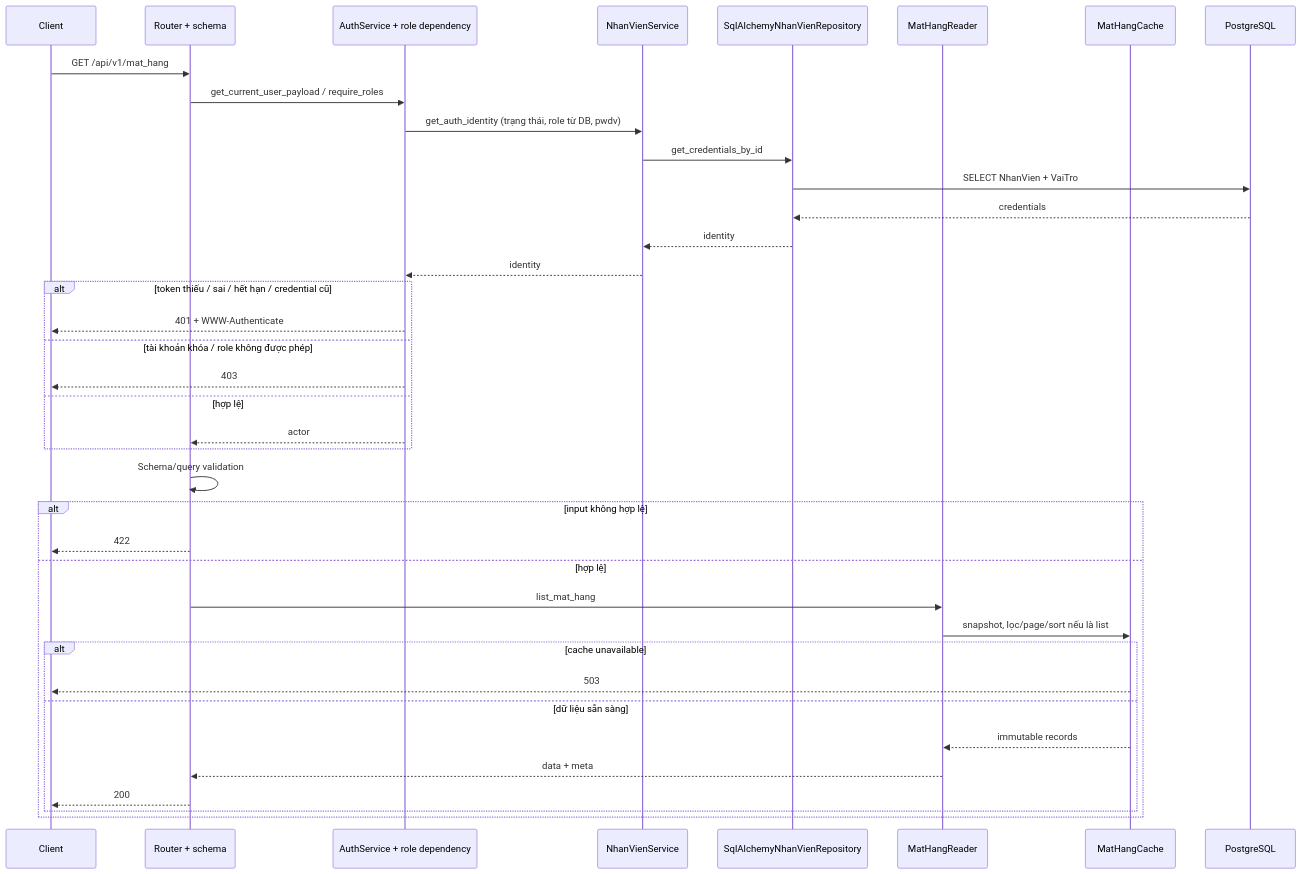
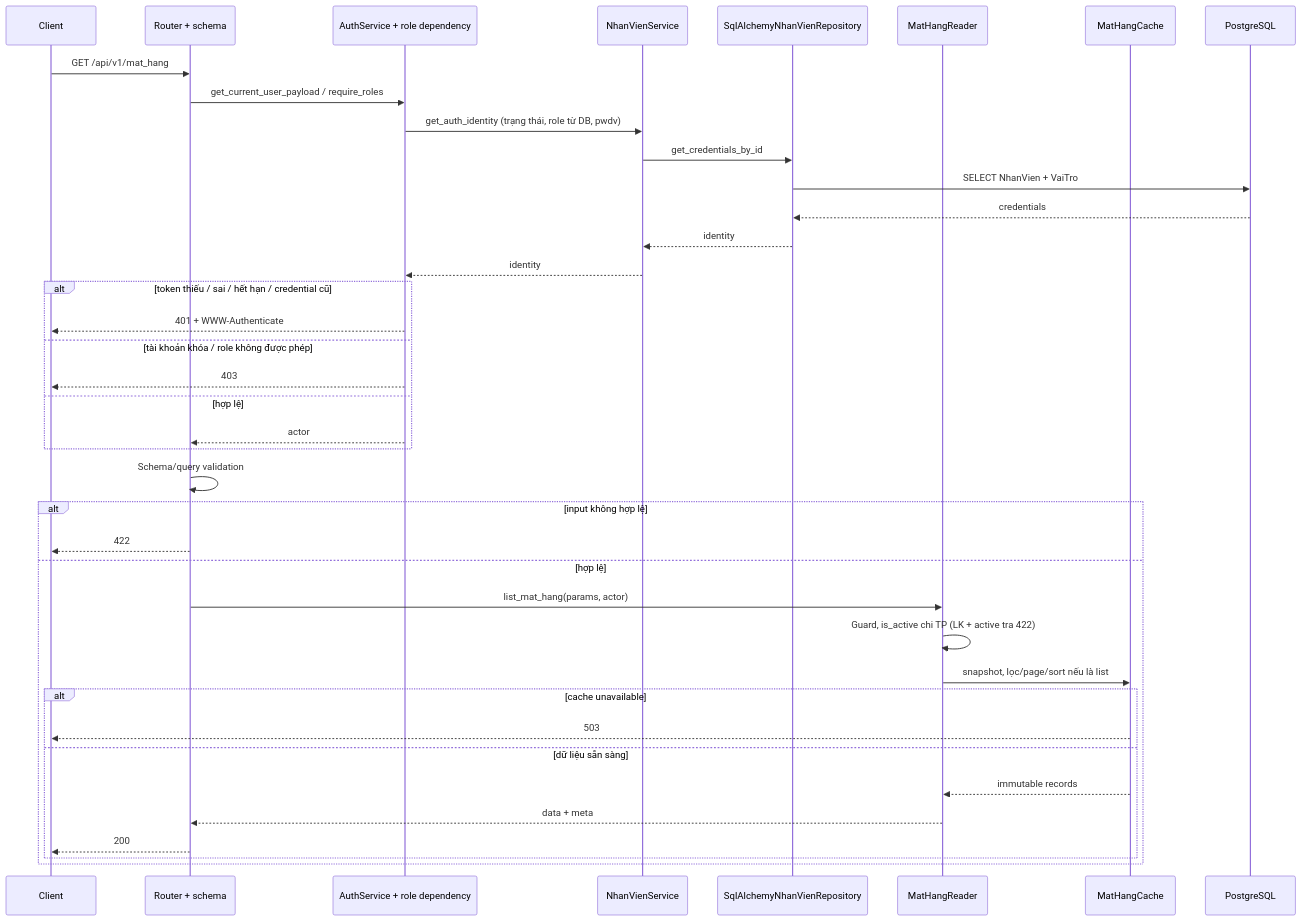
Before and after one commit to thanhklt/xbike-mrp-system: the second of 6 diagrams in docs/sequence/mat_hang.md, drawn with Mermaid. The commit also changed other lines of this file and 49 other files, not shown here.

````diff
--- a/docs/sequence/mat_hang.md
+++ b/docs/sequence/mat_hang.md
@@ -58,40 +61,41 @@
 ```mermaid
 sequenceDiagram
     participant C as Client
     participant R as Router + schema
     participant A as AuthService + role dependency
     participant N as NhanVienService
     participant NR as SqlAlchemyNhanVienRepository
     participant S as MatHangReader
     participant K as MatHangCache
     participant DB as PostgreSQL
     C->>R: GET /api/v1/mat_hang
     R->>A: get_current_user_payload / require_roles
     A->>N: get_auth_identity (trạng thái, role từ DB, pwdv)
     N->>NR: get_credentials_by_id
     NR->>DB: SELECT NhanVien + VaiTro
     DB-->>NR: credentials
     NR-->>N: identity
     N-->>A: identity
     alt token thiếu / sai / hết hạn / credential cũ
         A-->>C: 401 + WWW-Authenticate
     else tài khoản khóa / role không được phép
         A-->>C: 403
     else hợp lệ
         A-->>R: actor
     end
     R->>R: Schema/query validation
     alt input không hợp lệ
         R-->>C: 422
     else hợp lệ
-        R->>S: list_mat_hang
+        R->>S: list_mat_hang(params, actor)
+        S->>S: Guard, is_active chi TP (LK + active tra 422)
         S->>K: snapshot, lọc/page/sort nếu là list
         alt cache unavailable
             K-->>C: 503
         else dữ liệu sẵn sàng
             K-->>S: immutable records
             S-->>R: data + meta
             R-->>C: 200
         end
     end
 ```
````
